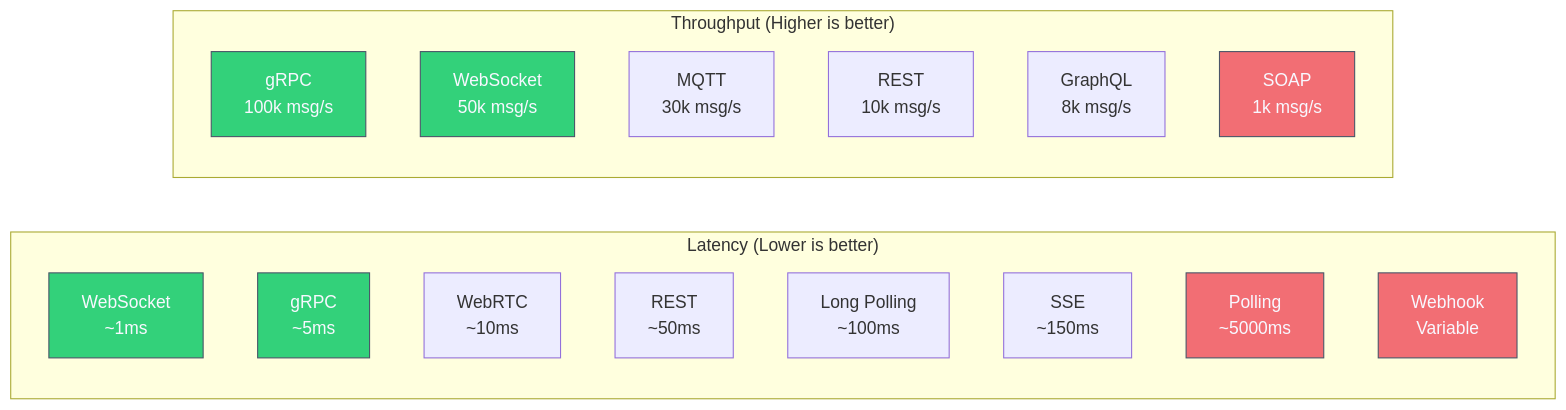
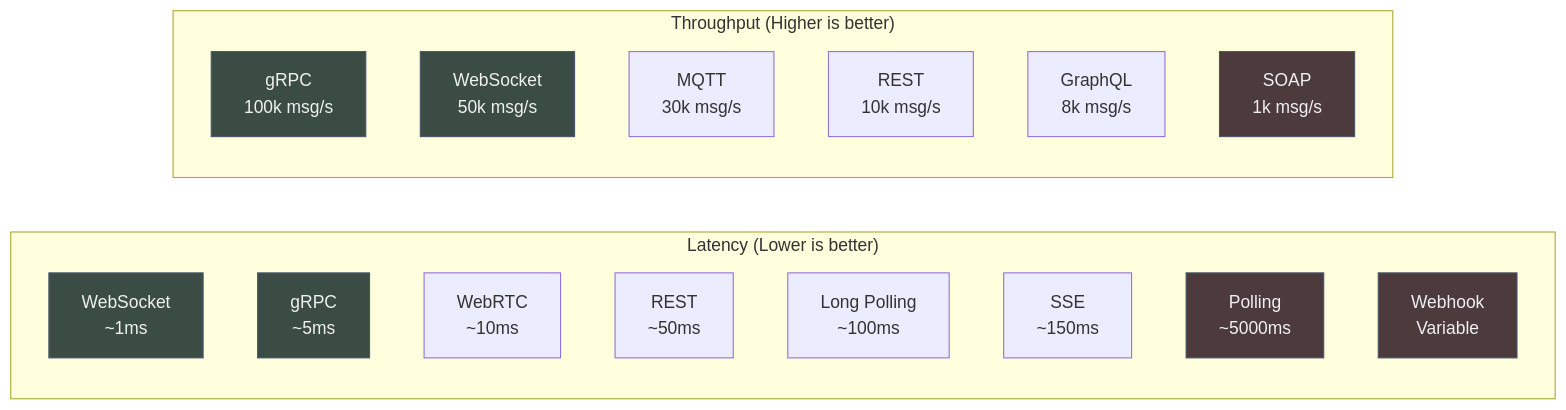
One commit to blackwell-systems/blog changed diagram 20 of 24 in content/posts/api-communication-patterns-guide.md. Above: the diagram before and after it, drawn with Mermaid. The commit also changed other lines of this file and 4 other files, not shown here.

```diff
--- a/content/posts/api-communication-patterns-guide.md
+++ b/content/posts/api-communication-patterns-guide.md
@@ -1398,31 +1398,31 @@
 {{< mermaid >}}
 graph LR
     subgraph latency["Latency (Lower is better)"]
         l1["WebSocket<br/>~1ms"]
         l2["gRPC<br/>~5ms"]
         l3["WebRTC<br/>~10ms"]
         l4["REST<br/>~50ms"]
         l5["Long Polling<br/>~100ms"]
         l6["SSE<br/>~150ms"]
         l7["Polling<br/>~5000ms"]
         l8["Webhook<br/>Variable"]
     end
 
     subgraph throughput["Throughput (Higher is better)"]
         t1["gRPC<br/>100k msg/s"]
         t2["WebSocket<br/>50k msg/s"]
         t3["MQTT<br/>30k msg/s"]
         t4["REST<br/>10k msg/s"]
         t5["GraphQL<br/>8k msg/s"]
         t6["SOAP<br/>1k msg/s"]
     end
 
-    style l1 fill:#33D17A,stroke:#4a5568,color:#f8f8ff
-    style l2 fill:#33D17A,stroke:#4a5568,color:#f8f8ff
-    style l7 fill:#F26E74,stroke:#4a5568,color:#f8f8ff
-    style l8 fill:#F26E74,stroke:#4a5568,color:#f8f8ff
+    style l1 fill:#3A4C43,stroke:#4a5568,color:#f0f0f0
+    style l2 fill:#3A4C43,stroke:#4a5568,color:#f0f0f0
+    style l7 fill:#4C3A3C,stroke:#4a5568,color:#f0f0f0
+    style l8 fill:#4C3A3C,stroke:#4a5568,color:#f0f0f0
 
-    style t1 fill:#33D17A,stroke:#4a5568,color:#f8f8ff
-    style t2 fill:#33D17A,stroke:#4a5568,color:#f8f8ff
-    style t6 fill:#F26E74,stroke:#4a5568,color:#f8f8ff
+    style t1 fill:#3A4C43,stroke:#4a5568,color:#f0f0f0
+    style t2 fill:#3A4C43,stroke:#4a5568,color:#f0f0f0
+    style t6 fill:#4C3A3C,stroke:#4a5568,color:#f0f0f0
 {{< /mermaid >}}
```
